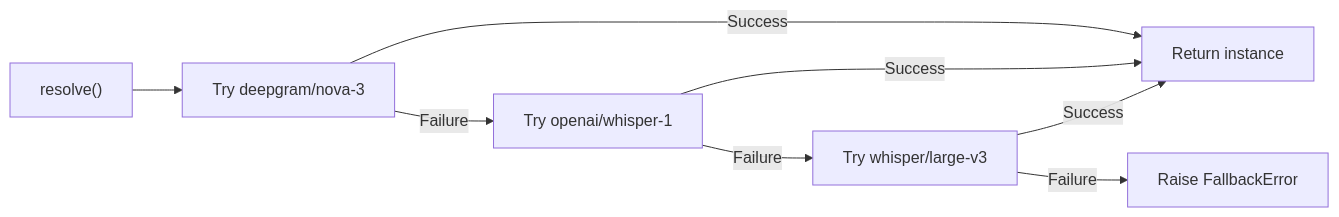
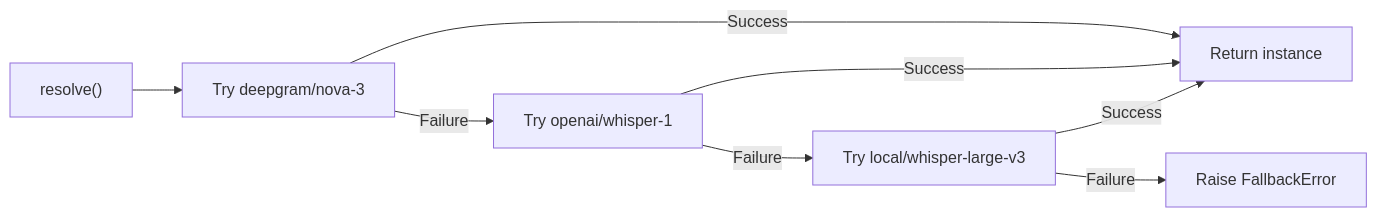
Before and after one commit to mahimailabs/voicegateway: the second of 3 diagrams in docs/architecture/middleware.md, drawn with Mermaid. The commit also changed other lines of this file and 15 other files, not shown here.

````diff
--- a/docs/architecture/middleware.md
+++ b/docs/architecture/middleware.md
@@ -174,10 +174,10 @@
 ```mermaid
 graph LR
     A["resolve()"] --> B["Try deepgram/nova-3"]
     B -->|Success| C["Return instance"]
     B -->|Failure| D["Try openai/whisper-1"]
     D -->|Success| C
-    D -->|Failure| E["Try whisper/large-v3"]
+    D -->|Failure| E["Try local/whisper-large-v3"]
     E -->|Success| C
     E -->|Failure| F["Raise FallbackError"]
 ```
````
